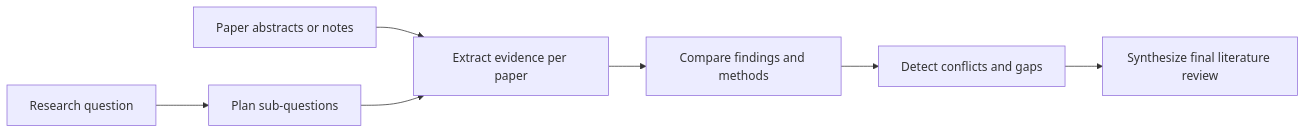
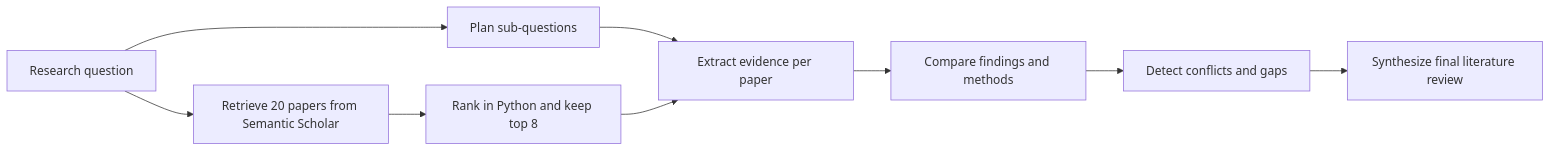
One commit to hritik-tiwari/literature-review-agent changed the diagram in README.md. Above: the diagram before and after it, drawn with Mermaid. The commit also changed other lines of this file and 7 other files, not shown here.

Commit message:
Add Semantic Scholar retrieval and open-source license

````diff
--- a/README.md
+++ b/README.md
@@ -27,9 +30,11 @@
 ```mermaid
 flowchart LR
     A["Research question"] --> B["Plan sub-questions"]
-    C["Paper abstracts or notes"] --> D["Extract evidence per paper"]
-    B --> D
-    D --> E["Compare findings and methods"]
-    E --> F["Detect conflicts and gaps"]
-    F --> G["Synthesize final literature review"]
+    A --> C["Retrieve 20 papers from Semantic Scholar"]
+    C --> D["Rank in Python and keep top 8"]
+    B --> E["Extract evidence per paper"]
+    D --> E
+    E --> F["Compare findings and methods"]
+    F --> G["Detect conflicts and gaps"]
+    G --> H["Synthesize final literature review"]
 ```
````
